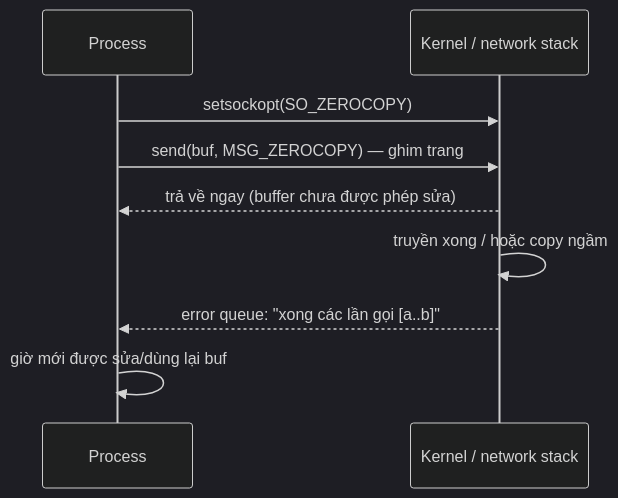
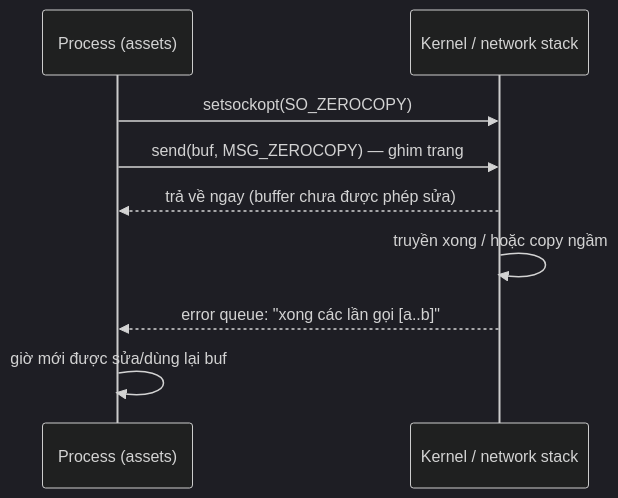
Before and after one commit to pirumu/irust: the third of 3 diagrams in docs/06-networking/09-zero-copy-io.md, drawn with Mermaid (dark theme). The commit also changed other lines of this file and 35 other files, not shown here.

````diff
--- a/docs/06-networking/09-zero-copy-io.md
+++ b/docs/06-networking/09-zero-copy-io.md
@@ -196,11 +255,11 @@
 ```mermaid
 sequenceDiagram
-  participant App as Process
+  participant App as Process (assets)
   participant K as Kernel / network stack
   App->>K: setsockopt(SO_ZEROCOPY)
   App->>K: send(buf, MSG_ZEROCOPY) — ghim trang
   K-->>App: trả về ngay (buffer chưa được phép sửa)
   K->>K: truyền xong / hoặc copy ngầm
   K-->>App: error queue: "xong các lần gọi [a..b]"
   App->>App: giờ mới được sửa/dùng lại buf
 ```
````
